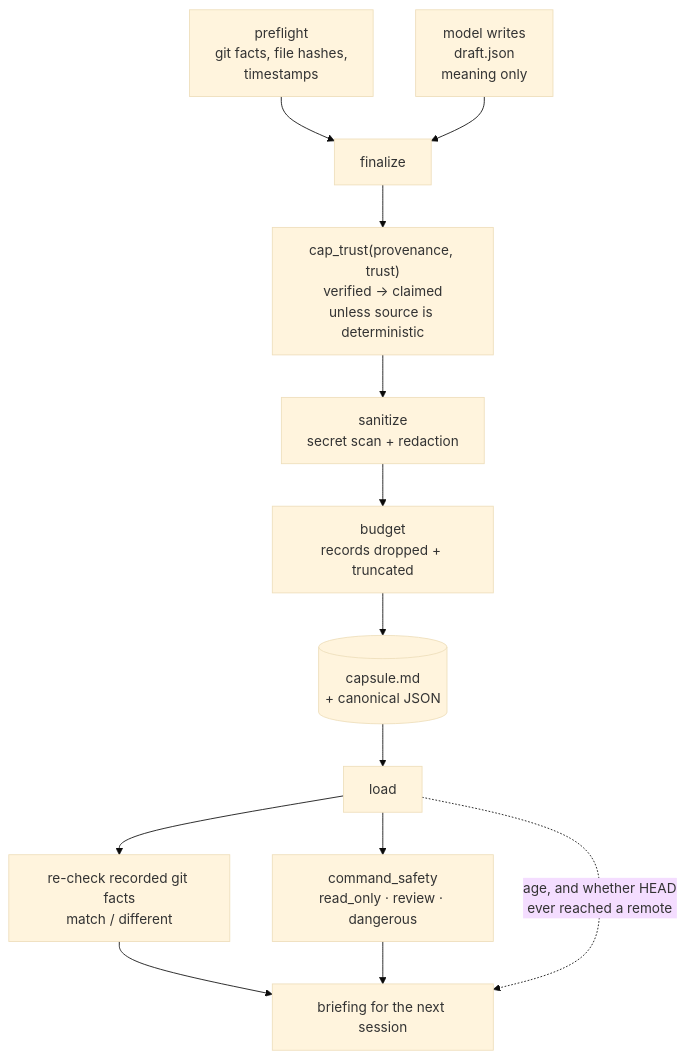
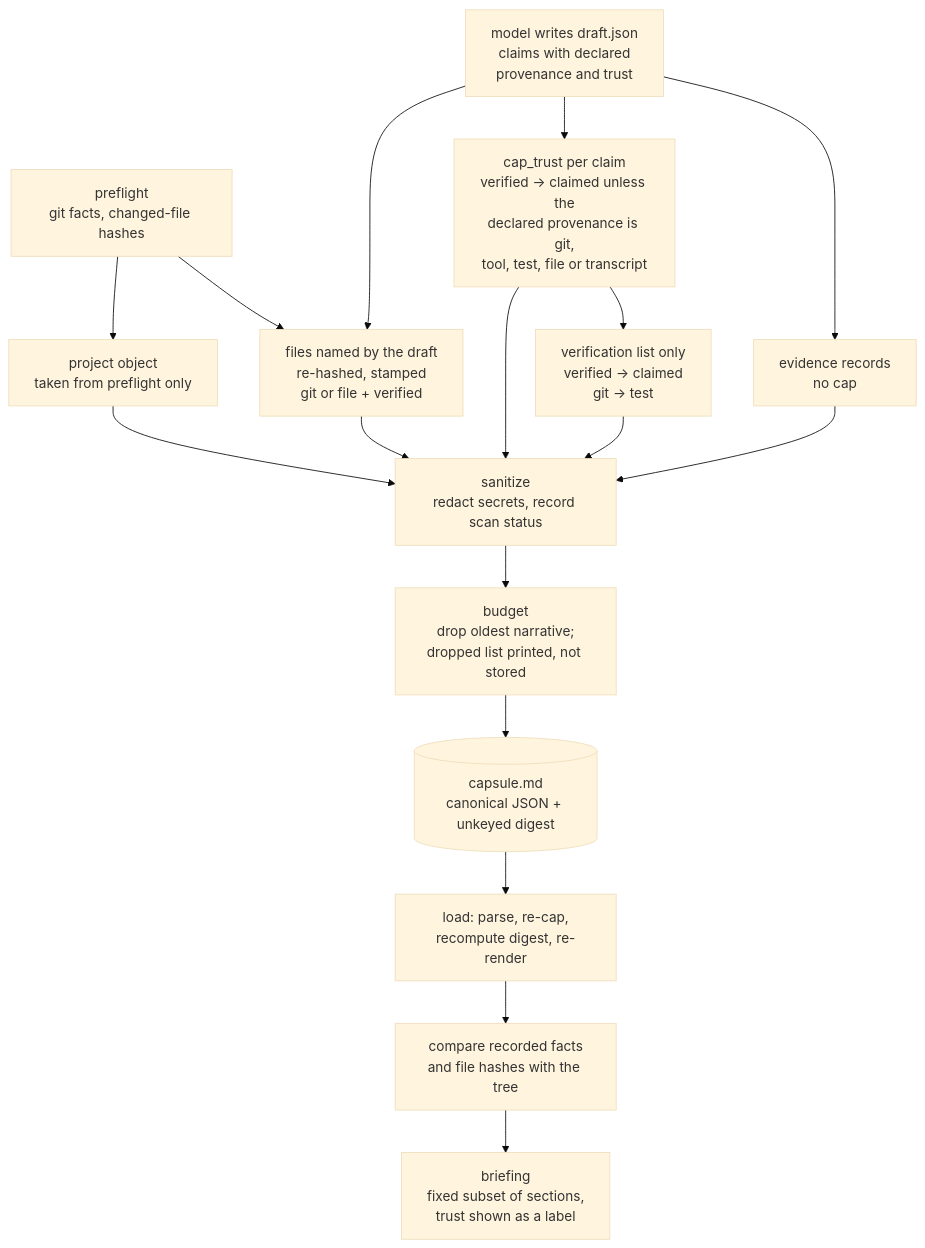
One commit to neoneye/agent-memory-atlas changed the diagram in content/systems/portable-handoff.md. Above: the diagram before and after it, drawn with Mermaid (base theme). The commit also changed other lines of this file and 14 other files, not shown here.

First line of the commit message:
Audit portable-handoff at an unchanged pin: a capsule can declare itself verified

````diff
--- a/content/systems/portable-handoff.md
+++ b/content/systems/portable-handoff.md
@@ -105,21 +106,25 @@
 ```mermaid
 flowchart TD
-%% caption: the model may write meaning and never facts — preflight gathers git state and file hashes locally, finalize merges the model's draft with them, and cap_trust rewrites any verified label whose provenance cannot support it, at parse time so it applies to capsules this tool did not write
-    PRE["preflight<br/>git facts, file hashes,<br/>timestamps"]
-    DRAFT["model writes<br/>draft.json<br/>meaning only"]
-    FIN["finalize"]
-    CAP["cap_trust(provenance, trust)<br/>verified → claimed<br/>unless source is deterministic"]
-    SAN["sanitize<br/>secret scan + redaction"]
-    BUD["budget<br/>records dropped + truncated"]
-    FILE[("capsule.md<br/>+ canonical JSON")]
-    LOAD["load"]
-    DRIFT["re-check recorded git facts<br/>match / different"]
-    CMD["command_safety<br/>read_only · review · dangerous"]
-    BRIEF["briefing for the next session"]
+%% caption: local code supplies the project object and re-hashes the named files, while every claim's provenance comes from the draft; cap_trust refuses verified only beside a conversational or inferred provenance, evidence records skip it, the budget's losses are printed and not stored, and the briefing shows trust as a label nothing filters on
+    PRE["preflight<br/>git facts, changed-file hashes"]
+    DRAFT["model writes draft.json<br/>claims with declared<br/>provenance and trust"]
+    PROJ["project object<br/>taken from preflight only"]
+    FILES["files named by the draft<br/>re-hashed, stamped<br/>git or file + verified"]
+    CAP["cap_trust per claim<br/>verified → claimed unless the<br/>declared provenance is git,<br/>tool, test, file or transcript"]
+    VER["verification list only<br/>verified → claimed<br/>git → test"]
+    EVI["evidence records<br/>no cap"]
+    SAN["sanitize<br/>redact secrets, record scan status"]
+    BUD["budget<br/>drop oldest narrative;<br/>dropped list printed, not stored"]
+    FILE[("capsule.md<br/>canonical JSON + unkeyed digest")]
+    VAL["load: parse, re-cap,<br/>recompute digest, re-render"]
+    DRIFT["compare recorded facts<br/>and file hashes with the tree"]
+    BRIEF["briefing<br/>fixed subset of sections,<br/>trust shown as a label"]
 
-    PRE --> FIN
-    DRAFT --> FIN --> CAP --> SAN --> BUD --> FILE
-    FILE --> LOAD --> DRIFT --> BRIEF
-    LOAD --> CMD --> BRIEF
-    LOAD -.->|"age, and whether HEAD<br/>ever reached a remote"| BRIEF
+    PRE --> PROJ --> SAN
+    PRE --> FILES --> SAN
+    DRAFT --> FILES
+    DRAFT --> CAP --> SAN
+    CAP --> VER --> SAN
+    DRAFT --> EVI --> SAN
+    SAN --> BUD --> FILE --> VAL --> DRIFT --> BRIEF
 ```
````
